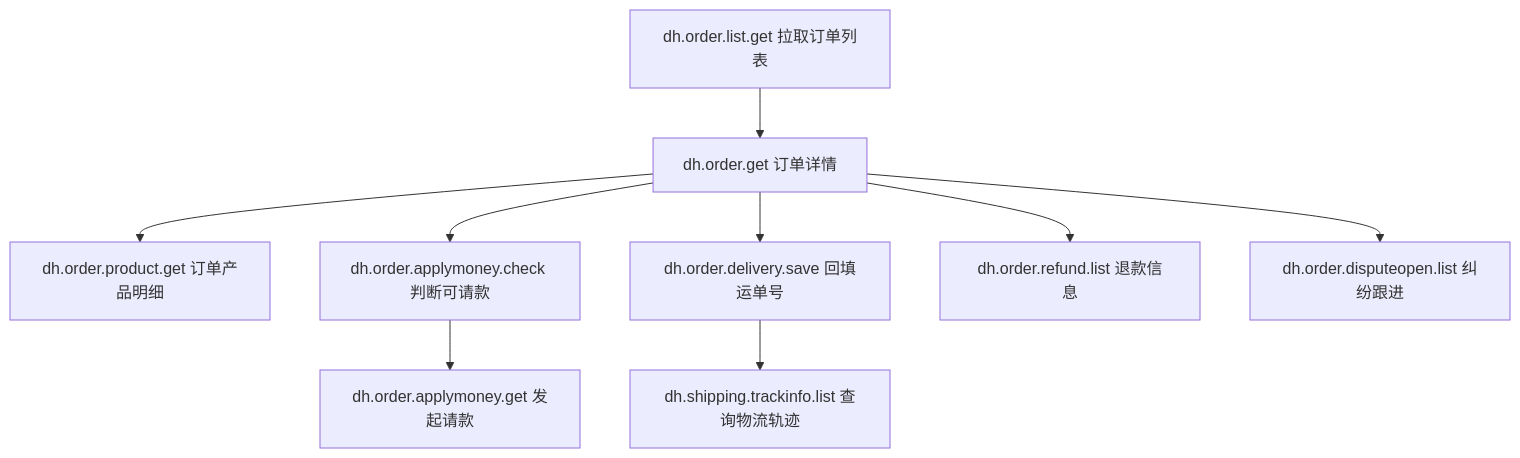
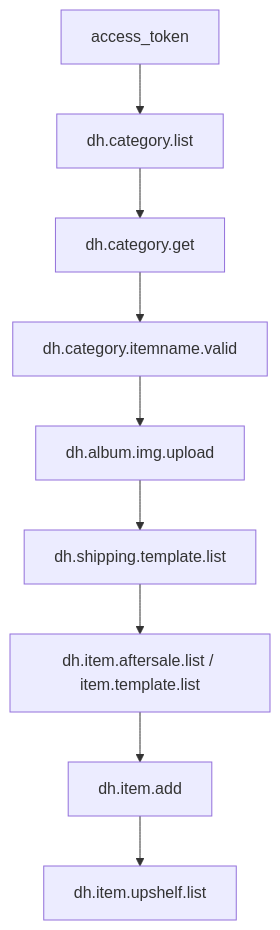
The second of 3 diagrams in hemu_oversea_fastapi/dhgate_API.md (philliu66/hemu_oversea_fullstack), drawn with Mermaid before and after one commit. The commit also changed other lines of this file and 86 other files, not shown here.

````diff
--- a/hemu_oversea_fastapi/dhgate_API.md
+++ b/hemu_oversea_fastapi/dhgate_API.md
@@ -1557,11 +3986,11 @@
 ```mermaid
 flowchart TD
-    A["dh.order.list.get 拉取订单列表"] --> B["dh.order.get 订单详情"]
-    B --> C["dh.order.product.get 订单产品明细"]
-    B --> D["dh.order.applymoney.check 判断可请款"]
-    D --> E["dh.order.applymoney.get 发起请款"]
-    B --> F["dh.order.delivery.save 回填运单号"]
-    F --> G["dh.shipping.trackinfo.list 查询物流轨迹"]
-    B --> H["dh.order.refund.list 退款信息"]
-    B --> I["dh.order.disputeopen.list 纠纷跟进"]
+    A["access_token"] --> B["dh.category.list"]
+    B --> C["dh.category.get"]
+    C --> D["dh.category.itemname.valid"]
+    D --> E["dh.album.img.upload"]
+    E --> F["dh.shipping.template.list"]
+    F --> G["dh.item.aftersale.list / item.template.list"]
+    G --> H["dh.item.add"]
+    H --> I["dh.item.upshelf.list"]
 ```
````
